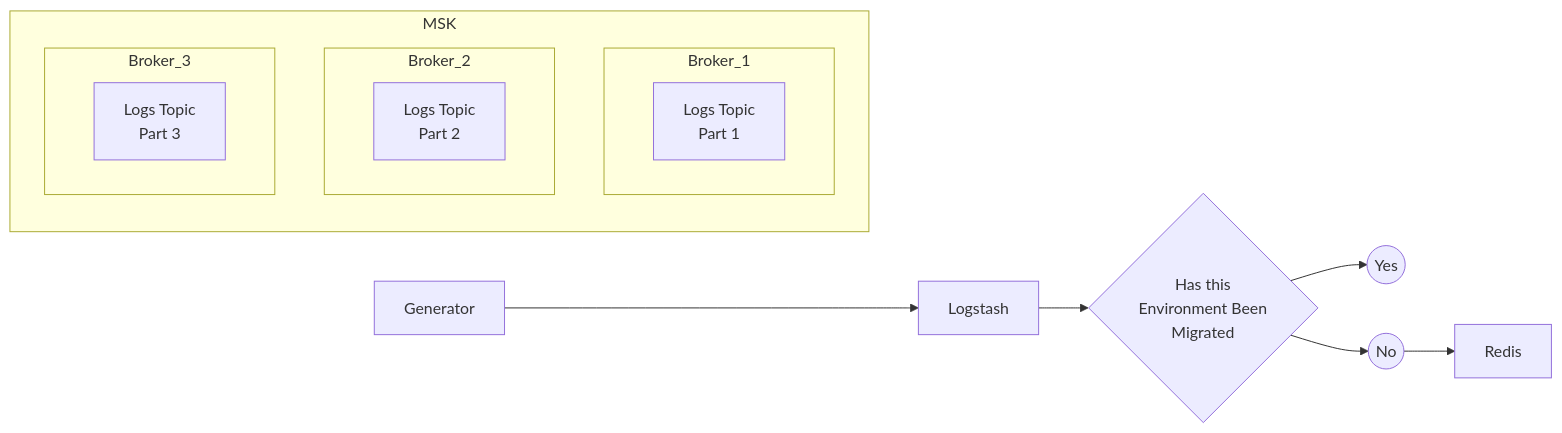
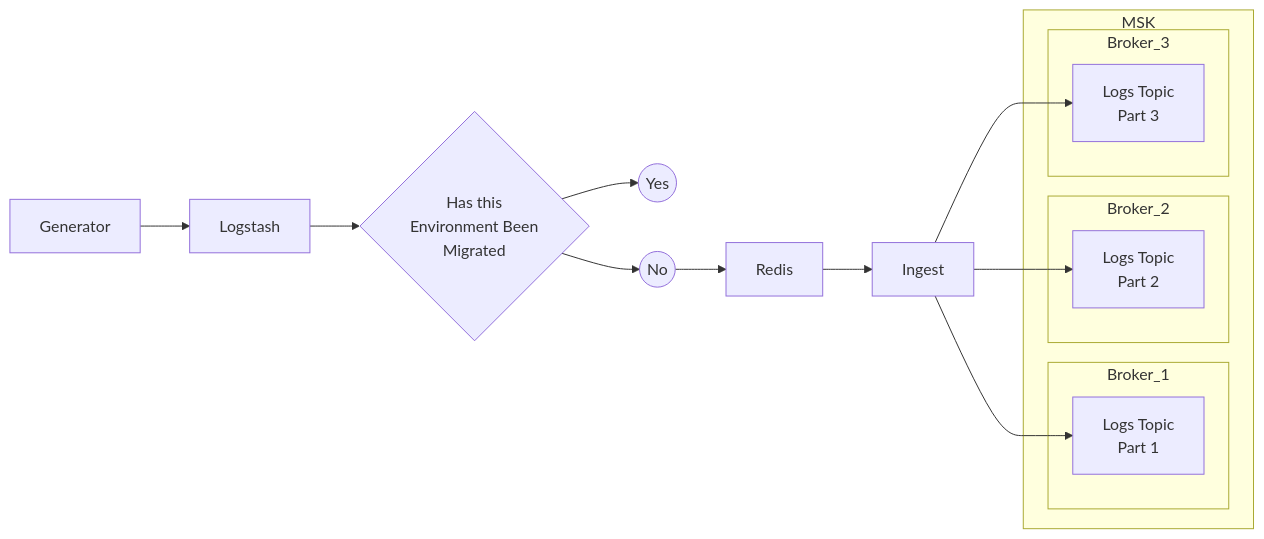
Before and after one commit to Saskia-MDTP/can-hedgehogs-fly: the second of 2 diagrams in README.md, drawn with Mermaid.

````diff
--- a/README.md
+++ b/README.md
@@ -15,19 +15,22 @@
 ```mermaid
   graph LR;
       subgraph MSK
           subgraph Broker_1
               P1[Logs Topic<br/>Part 1];
            end
           subgraph Broker_2
               P2[Logs Topic<br/>Part 2];
            end
           subgraph Broker_3
               P3[Logs Topic<br/>Part 3];
            end
        end
    Generator-->Logstash;
    Logstash-->Q1{Has this<br/>Environment Been<br/>Migrated};
    Q1-->Y1((Yes));
    Q1-->N1((No));
-   N1-->Redis;
+   N1-->Redis-->Ingest;
+   Ingest-->P1;
+   Ingest-->P2;
+   Ingest-->P3;
 ```
````
